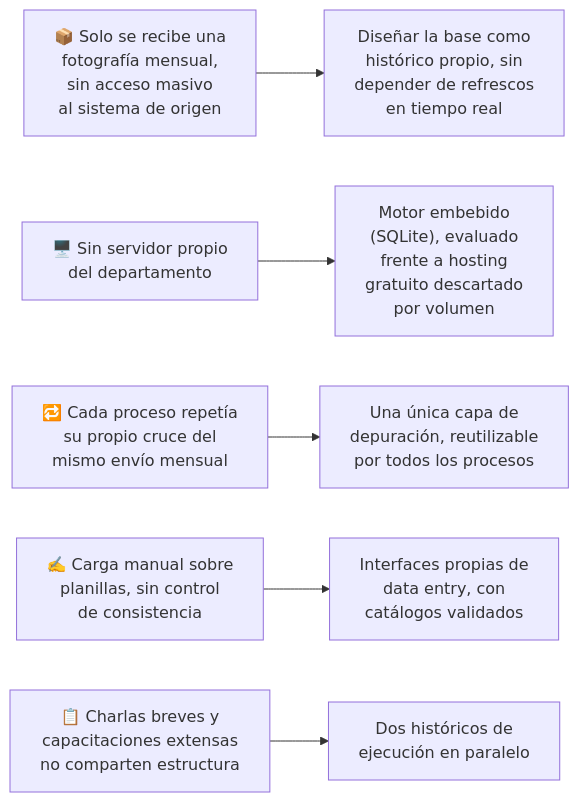
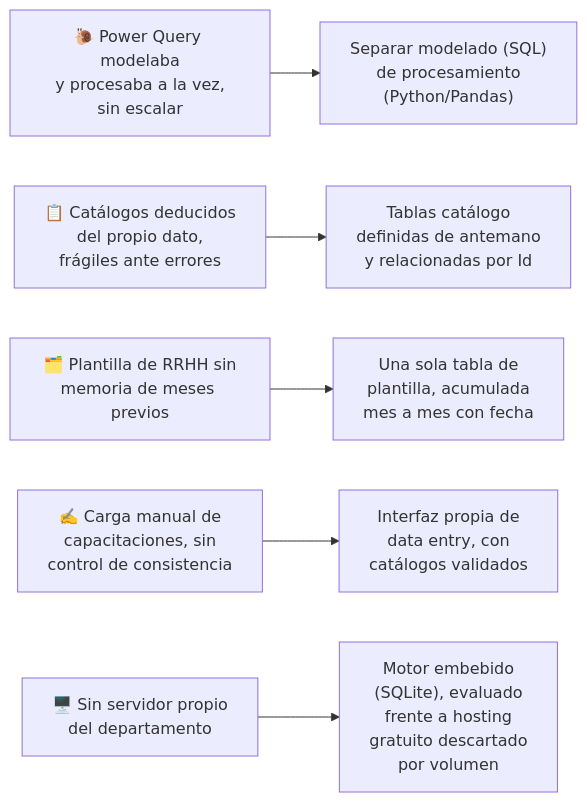
One commit to jminolli-e/case-studies changed the third of 3 diagrams in capacitaciones.db/README.md. Above: the diagram before and after it, drawn with Mermaid. The commit also changed other lines of this file, not shown here.

````diff
--- a/capacitaciones.db/README.md
+++ b/capacitaciones.db/README.md
@@ -106,8 +102,8 @@
 ```mermaid
 flowchart LR
-    D1["📦 Solo se recibe una<br/>fotografía mensual,<br/>sin acceso masivo<br/>al sistema de origen"] --> S1["Diseñar la base como<br/>histórico propio, sin<br/>depender de refrescos<br/>en tiempo real"]
-    D2["🖥️ Sin servidor propio<br/>del departamento"] --> S2["Motor embebido<br/>(SQLite), evaluado<br/>frente a hosting<br/>gratuito descartado<br/>por volumen"]
-    D3["🔁 Cada proceso repetía<br/>su propio cruce del<br/>mismo envío mensual"] --> S3["Una única capa de<br/>depuración, reutilizable<br/>por todos los procesos"]
-    D4["✍️ Carga manual sobre<br/>planillas, sin control<br/>de consistencia"] --> S4["Interfaces propias de<br/>data entry, con<br/>catálogos validados"]
-    D5["📋 Charlas breves y<br/>capacitaciones extensas<br/>no comparten estructura"] --> S5["Dos históricos de<br/>ejecución en paralelo"]
+    D1["🐌 Power Query modelaba<br/>y procesaba a la vez,<br/>sin escalar"] --> S1["Separar modelado (SQL)<br/>de procesamiento<br/>(Python/Pandas)"]
+    D2["📋 Catálogos deducidos<br/>del propio dato,<br/>frágiles ante errores"] --> S2["Tablas catálogo<br/>definidas de antemano<br/>y relacionadas por Id"]
+    D3["🗂️ Plantilla de RRHH sin<br/>memoria de meses previos"] --> S3["Una sola tabla de<br/>plantilla, acumulada<br/>mes a mes con fecha"]
+    D4["✍️ Carga manual de<br/>capacitaciones, sin<br/>control de consistencia"] --> S4["Interfaz propia de<br/>data entry, con<br/>catálogos validados"]
+    D5["🖥️ Sin servidor propio<br/>del departamento"] --> S5["Motor embebido<br/>(SQLite), evaluado<br/>frente a hosting<br/>gratuito descartado<br/>por volumen"]
 ```
````
